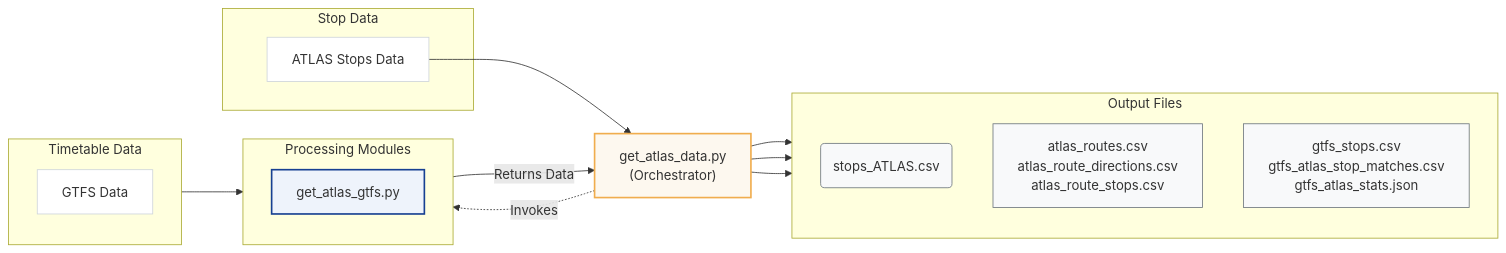
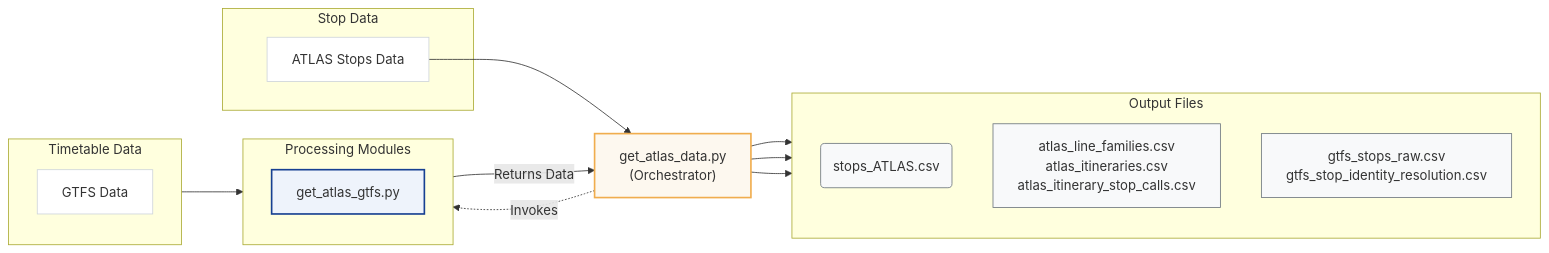
One commit to openTdataCH/stop_sync_osm_atlas changed the first of 2 diagrams in documentation/1. Download and process data.md. Above: the diagram before and after it, drawn with Mermaid. The commit also changed other lines of this file and 59 other files, not shown here.

````diff
--- a/documentation/1. Download and process data.md
+++ b/documentation/1. Download and process data.md
@@ -9,37 +11,37 @@
 ```mermaid
 flowchart LR
     classDef plain fill:#fff,stroke:#ced4da,stroke-width:1px;
     classDef script fill:#eef3fb,stroke:#174092,stroke-width:2px;
     classDef orch fill:#fdf8ef,stroke:#F0AD4E,stroke-width:2px;
     classDef file fill:#f8f9fa,stroke:#6c757d,stroke-width:1px;
 
     subgraph StopSrc ["Stop Data"]
         AT[ATLAS Stops Data]:::plain
     end
 
     subgraph TimeSrc ["Timetable Data"]
         direction TB
         GT[GTFS Data]:::plain
     end
 
     SA["get_atlas_data.py\n(Orchestrator)"]:::orch
 
     subgraph Modules ["Processing Modules"]
         direction TB
         SG[get_atlas_gtfs.py]:::script
     end
 
     subgraph Outputs ["Output Files"]
         direction TB
         PA(stops_ATLAS.csv):::file
-        PR["atlas_routes.csv<br/>atlas_route_directions.csv<br/>atlas_route_stops.csv"]:::file
-        PG["gtfs_stops.csv<br/>gtfs_atlas_stop_matches.csv<br/>gtfs_atlas_stats.json"]:::file
+        PR["atlas_line_families.csv<br/>atlas_itineraries.csv<br/>atlas_itinerary_stop_calls.csv"]:::file
+        PG["gtfs_stops_raw.csv<br/>gtfs_stop_identity_resolution.csv"]:::file
     end
 
     AT --> SA --> PA
     GT --> SG
     SA -.->|Invokes| SG
     SG -->|Returns Data| SA
     SA --> PR
     SA --> PG
 ```
````
